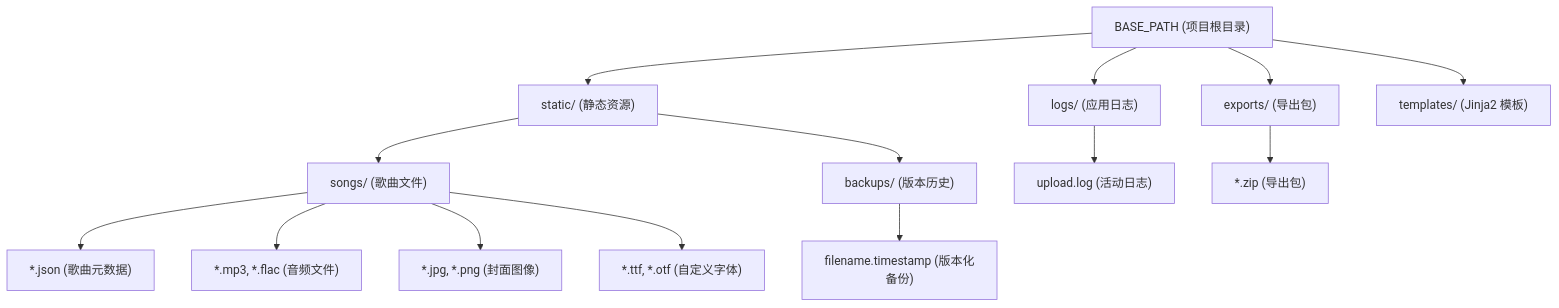
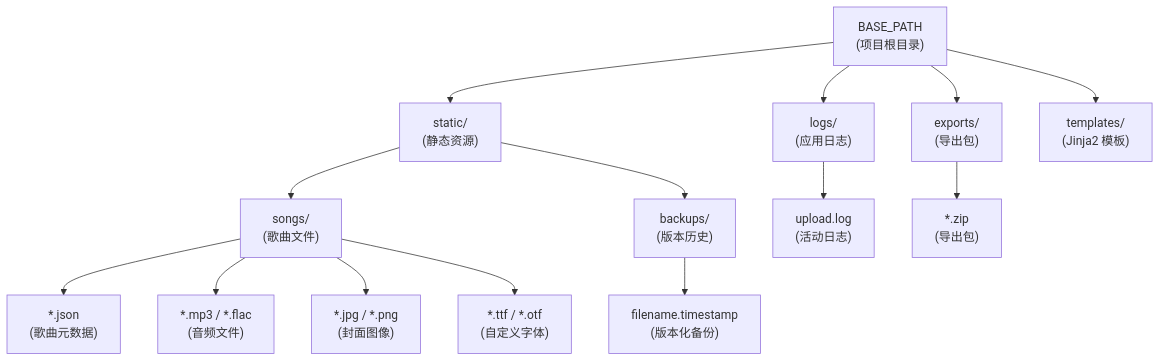
Before and after one commit to HKLHaoBin/LyricSphere: diagram 24 of 44 in README.md, drawn with Mermaid. The commit also changed other lines of this file, not shown here.

First line of the commit message:
docs: 优化README中的流程图和序列图格式

````diff
--- a/README.md
+++ b/README.md
@@ -2314,31 +2320,36 @@
 ```mermaid
 flowchart TD
-    BASE_PATH["BASE_PATH (项目根目录)"]
-    STATIC["static/ (静态资源)"]
-    SONGS["songs/ (歌曲文件)"]
-    BACKUPS["backups/ (版本历史)"]
-    LOGS["logs/ (应用日志)"]
-    EXPORTS["exports/ (导出包)"]
-    TEMPLATES["templates/ (Jinja2 模板)"]
-    SongJSON["*.json (歌曲元数据)"]
-    Audio["*.mp3, *.flac (音频文件)"]
-    Images["*.jpg, *.png (封面图像)"]
-    Fonts["*.ttf, *.otf (自定义字体)"]
-    BackupFiles["filename.timestamp (版本化备份)"]
-    UploadLog["upload.log (活动日志)"]
-    ZipExports["*.zip (导出包)"]
+    BASE_PATH["BASE_PATH<br/>(项目根目录)"]
+    STATIC["static/<br/>(静态资源)"]
+    SONGS["songs/<br/>(歌曲文件)"]
+    BACKUPS["backups/<br/>(版本历史)"]
+    LOGS["logs/<br/>(应用日志)"]
+    EXPORTS["exports/<br/>(导出包)"]
+    TEMPLATES["templates/<br/>(Jinja2 模板)"]
+
+    SongJSON["*.json<br/>(歌曲元数据)"]
+    Audio["*.mp3 / *.flac<br/>(音频文件)"]
+    Images["*.jpg / *.png<br/>(封面图像)"]
+    Fonts["*.ttf / *.otf<br/>(自定义字体)"]
+    BackupFiles["filename.timestamp<br/>(版本化备份)"]
+    UploadLog["upload.log<br/>(活动日志)"]
+    ZipExports["*.zip<br/>(导出包)"]
 
     BASE_PATH --> STATIC
     BASE_PATH --> LOGS
     BASE_PATH --> EXPORTS
     BASE_PATH --> TEMPLATES
+
     STATIC --> SONGS
     STATIC --> BACKUPS
+
     SONGS --> SongJSON
     SONGS --> Audio
     SONGS --> Images
     SONGS --> Fonts
+
     BACKUPS --> BackupFiles
     LOGS --> UploadLog
     EXPORTS --> ZipExports
+
 ```
````
